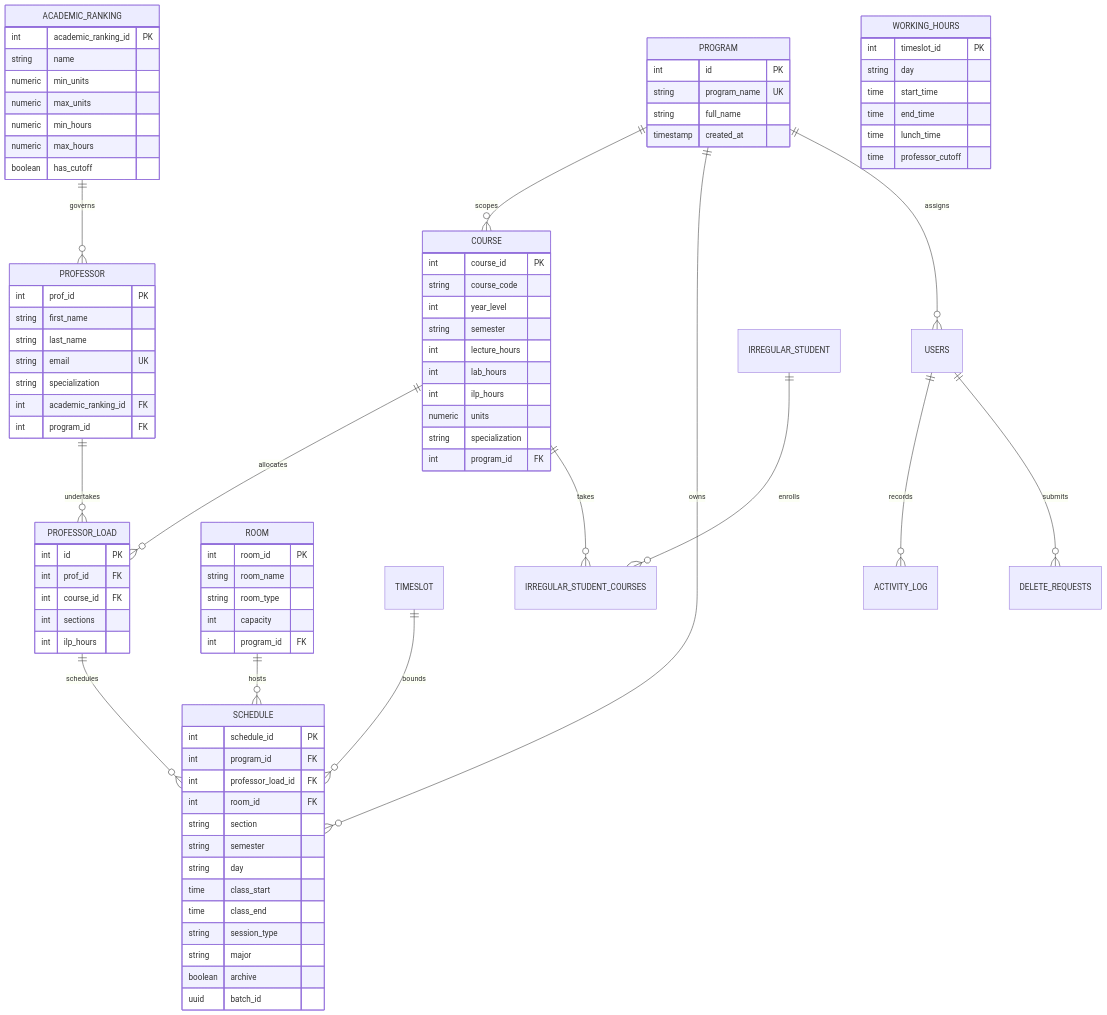
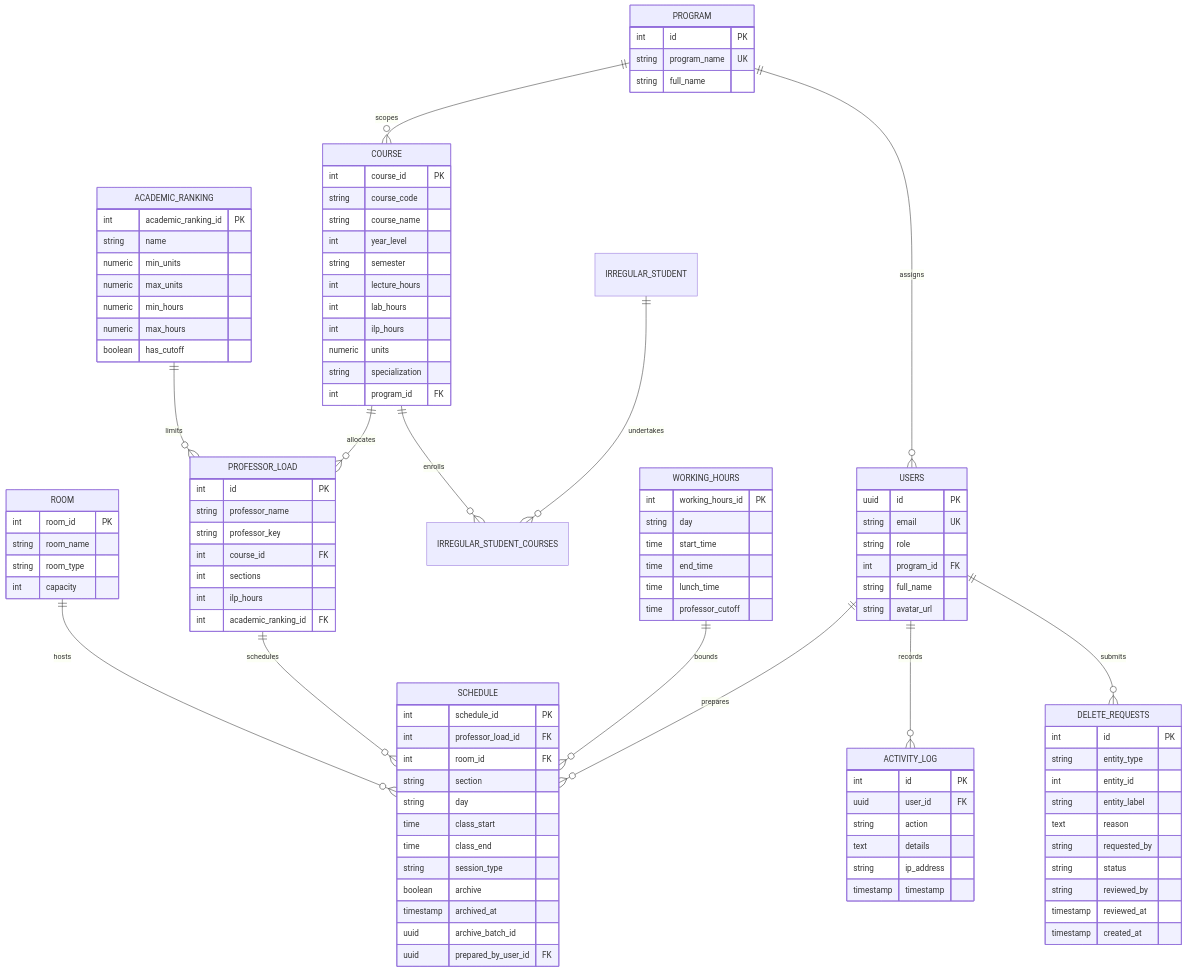
One commit to YANAMI03/ClassScheduling changed the third of 5 diagrams in PRD.md. Above: the diagram before and after it, drawn with Mermaid. The commit also changed other lines of this file and 39 other files, not shown here.

````diff
--- a/PRD.md
+++ b/PRD.md
@@ -202,29 +227,27 @@
 ```mermaid
 erDiagram
     PROGRAM ||--o{ COURSE : "scopes"
-    PROGRAM ||--o{ SCHEDULE : "owns"
     PROGRAM ||--o{ USERS : "assigns"
 
-    ACADEMIC_RANKING ||--o{ PROFESSOR : "governs"
+    ACADEMIC_RANKING ||--o{ PROFESSOR_LOAD : "limits"
 
-    PROFESSOR ||--o{ PROFESSOR_LOAD : "undertakes"
     COURSE ||--o{ PROFESSOR_LOAD : "allocates"
+    COURSE ||--o{ IRREGULAR_STUDENT_COURSES : "enrolls"
 
     ROOM ||--o{ SCHEDULE : "hosts"
     PROFESSOR_LOAD ||--o{ SCHEDULE : "schedules"
-    TIMESLOT ||--o{ SCHEDULE : "bounds"
+    WORKING_HOURS ||--o{ SCHEDULE : "bounds"
 
     USERS ||--o{ ACTIVITY_LOG : "records"
     USERS ||--o{ DELETE_REQUESTS : "submits"
+    USERS ||--o{ SCHEDULE : "prepares"
 
-    IRREGULAR_STUDENT ||--o{ IRREGULAR_STUDENT_COURSES : "enrolls"
-    COURSE ||--o{ IRREGULAR_STUDENT_COURSES : "takes"
+    IRREGULAR_STUDENT ||--o{ IRREGULAR_STUDENT_COURSES : "undertakes"
 
     PROGRAM {
         int id PK
         string program_name UK
         string full_name
-        timestamp created_at
     }
 
     ACADEMIC_RANKING {
@@ -237,19 +260,10 @@
         boolean has_cutoff
     }
 
-    PROFESSOR {
-        int prof_id PK
-        string first_name
-        string last_name
-        string email UK
-        string specialization
-        int academic_ranking_id FK
-        int program_id FK
-    }
-
     COURSE {
         int course_id PK
         string course_code
+        string course_name
         int year_level
         string semester
         int lecture_hours
@@ -262,10 +276,12 @@
 
     PROFESSOR_LOAD {
         int id PK
-        int prof_id FK
+        string professor_name
+        string professor_key
         int course_id FK
         int sections
         int ilp_hours
+        int academic_ranking_id FK
     }
 
     ROOM {
@@ -273,11 +289,10 @@
         string room_name
         string room_type
         int capacity
-        int program_id FK
     }
 
     WORKING_HOURS {
-        int timeslot_id PK
+        int working_hours_id PK
         string day
         time start_time
         time end_time
@@ -287,17 +302,47 @@
 
     SCHEDULE {
         int schedule_id PK
-        int program_id FK
         int professor_load_id FK
         int room_id FK
         string section
-        string semester
         string day
         time class_start
         time class_end
         string session_type
-        string major
         boolean archive
-        uuid batch_id
+        timestamp archived_at
+        uuid archive_batch_id
+        uuid prepared_by_user_id FK
+    }
+
+    USERS {
+        uuid id PK
+        string email UK
+        string role
+        int program_id FK
+        string full_name
+        string avatar_url
+    }
+
+    DELETE_REQUESTS {
+        int id PK
+        string entity_type
+        int entity_id
+        string entity_label
+        text reason
+        string requested_by
+        string status
+        string reviewed_by
+        timestamp reviewed_at
+        timestamp created_at
+    }
+
+    ACTIVITY_LOG {
+        int id PK
+        uuid user_id FK
+        string action
+        text details
+        string ip_address
+        timestamp timestamp
     }
 ```
````
